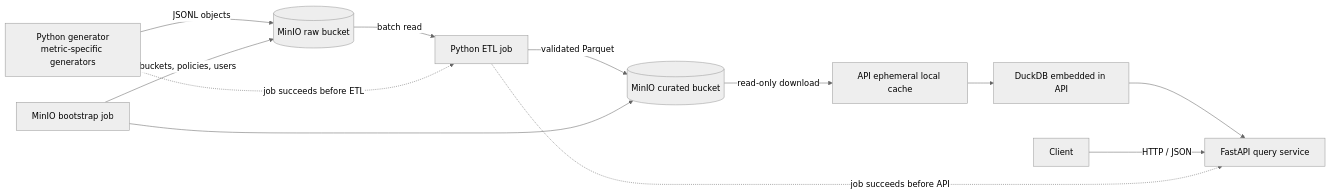
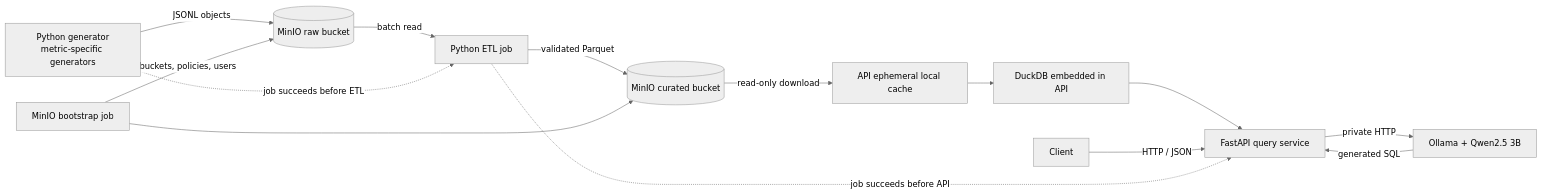
Before and after one commit to Milandenice/AI-Queryable-Health-Data-System: the diagram in README.md, drawn with Mermaid (neutral theme). The commit also changed other lines of this file and 11 other files, not shown here.

````diff
--- a/README.md
+++ b/README.md
@@ -18,14 +18,16 @@
 ```mermaid
 flowchart LR
     U[Python generator<br/>metric-specific generators] -->|JSONL objects| R[(MinIO raw bucket)]
     R -->|batch read| E[Python ETL job]
     E -->|validated Parquet| C[(MinIO curated bucket)]
     C -->|read-only download| L[API ephemeral local cache]
     L --> Q[DuckDB embedded in API]
     Q --> A[FastAPI query service]
     Client -->|HTTP / JSON| A
+    A -->|private HTTP| M[Ollama + Qwen2.5 3B]
+    M -->|generated SQL| A
     B[MinIO bootstrap job] -->|buckets, policies, users| R
     B --> C
     U -. job succeeds before ETL .-> E
     E -. job succeeds before API .-> A
 ```
````
